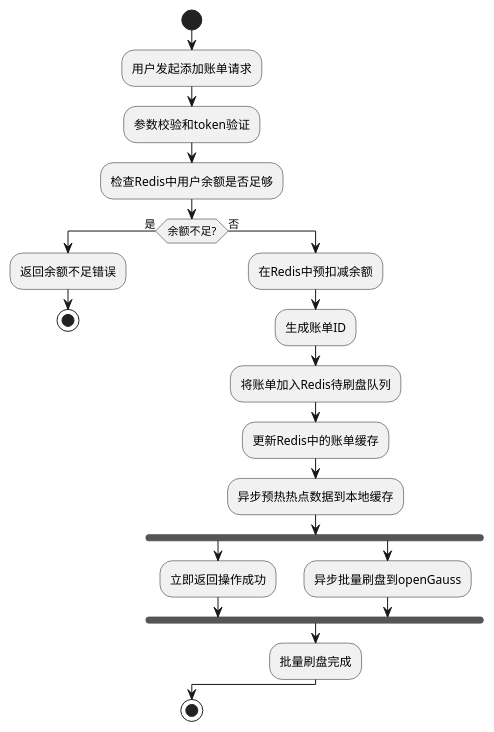
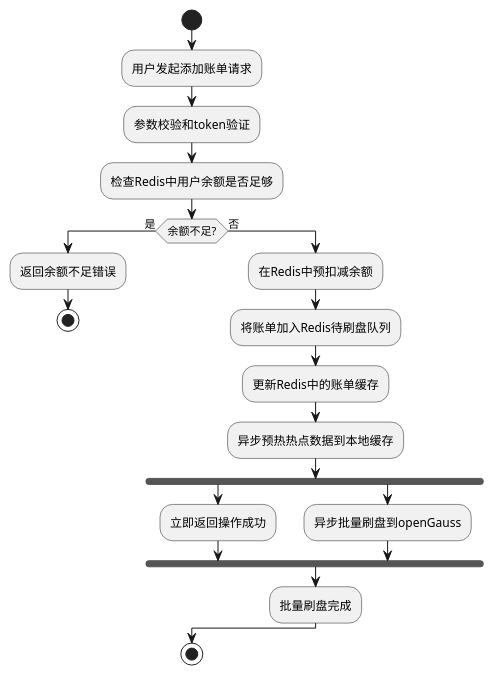
The diagram in docs/uml/添加账单流程.puml (murphy-955/db-mysql-homework), drawn with PlantUML before and after one commit. The commit also changed 13 other files, not shown here.

```diff
--- a/docs/uml/添加账单流程.puml
+++ b/docs/uml/添加账单流程.puml
@@ -1,33 +1,32 @@
 @startuml
 !pragma layout smetana
 
 start
 
 :用户发起添加账单请求;
 
 :参数校验和token验证;
 
 :检查Redis中用户余额是否足够;
 
 if (余额不足?) then (是)
   :返回余额不足错误;
   stop
 else (否)
   :在Redis中预扣减余额;
-  :生成账单ID;
   :将账单加入Redis待刷盘队列;
   :更新Redis中的账单缓存;
   :异步预热热点数据到本地缓存;
 
   fork
     :立即返回操作成功;
   fork again
     :异步批量刷盘到openGauss;
   end fork
 
   :批量刷盘完成;
 endif
 
 stop
 
 @enduml
```
